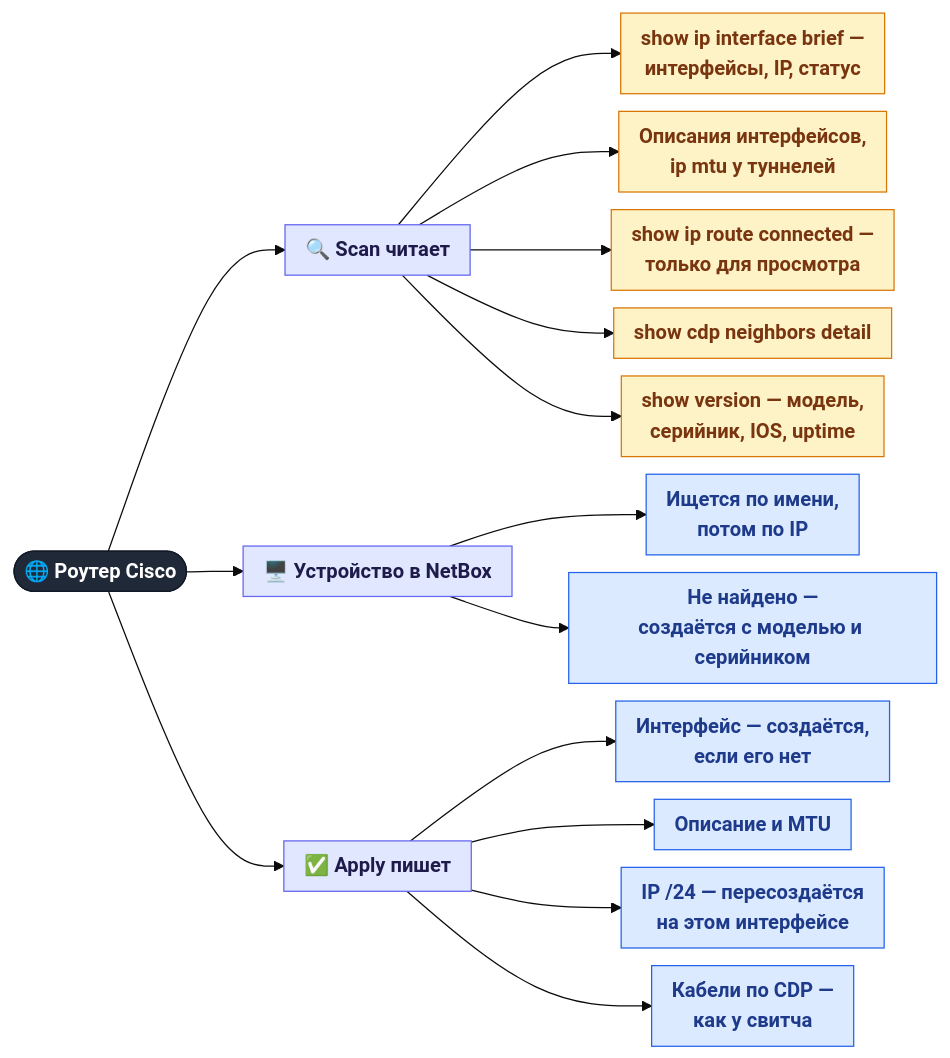
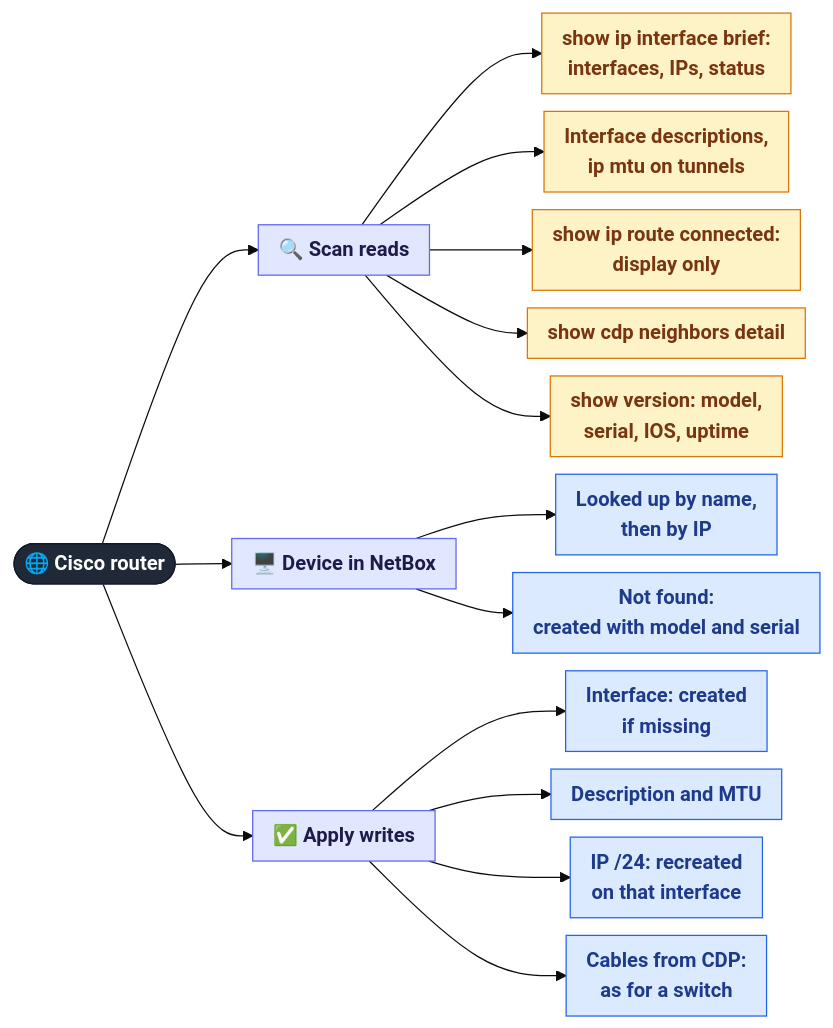
One commit to Madly222/MCPforMonitoring changed the fifth of 5 diagrams in docs/features/06b-netbox-cdp.md. Above: the diagram before and after it, drawn with Mermaid (base theme). The commit also changed other lines of this file and 37 other files, not shown here.

````diff
--- a/docs/features/06b-netbox-cdp.md
+++ b/docs/features/06b-netbox-cdp.md
@@ -111,27 +111,27 @@
 ```mermaid
 %%{init: {"flowchart": {"nodeSpacing": 14, "rankSpacing": 45, "curve": "basis", "padding": 8, "wrappingWidth": 260}}}%%
 flowchart LR
-    ROOT(["🌐 Роутер Cisco"]):::root
+    ROOT(["🌐 Cisco router"]):::root
 
-    ROOT --> SCAN["🔍 Scan читает"]:::group
-    SCAN --> R1["show ip interface brief —<br/>интерфейсы, IP, статус"]:::auto
-    SCAN --> R2["Описания интерфейсов,<br/>ip mtu у туннелей"]:::auto
-    SCAN --> R3["show ip route connected —<br/>только для просмотра"]:::auto
+    ROOT --> SCAN["🔍 Scan reads"]:::group
+    SCAN --> R1["show ip interface brief:<br/>interfaces, IPs, status"]:::auto
+    SCAN --> R2["Interface descriptions,<br/>ip mtu on tunnels"]:::auto
+    SCAN --> R3["show ip route connected:<br/>display only"]:::auto
     SCAN --> R4["show cdp neighbors detail"]:::auto
-    SCAN --> R5["show version — модель,<br/>серийник, IOS, uptime"]:::auto
+    SCAN --> R5["show version: model,<br/>serial, IOS, uptime"]:::auto
 
-    ROOT --> DEV["🖥️ Устройство в NetBox"]:::group
-    DEV --> D1["Ищется по имени,<br/>потом по IP"]:::admin
-    DEV --> D2["Не найдено —<br/>создаётся с моделью и серийником"]:::admin
+    ROOT --> DEV["🖥️ Device in NetBox"]:::group
+    DEV --> D1["Looked up by name,<br/>then by IP"]:::admin
+    DEV --> D2["Not found:<br/>created with model and serial"]:::admin
 
-    ROOT --> APPLY["✅ Apply пишет"]:::group
-    APPLY --> A1["Интерфейс — создаётся,<br/>если его нет"]:::admin
-    APPLY --> A2["Описание и MTU"]:::admin
-    APPLY --> A3["IP /24 — пересоздаётся<br/>на этом интерфейсе"]:::admin
-    APPLY --> A4["Кабели по CDP —<br/>как у свитча"]:::admin
+    ROOT --> APPLY["✅ Apply writes"]:::group
+    APPLY --> A1["Interface: created<br/>if missing"]:::admin
+    APPLY --> A2["Description and MTU"]:::admin
+    APPLY --> A3["IP /24: recreated<br/>on that interface"]:::admin
+    APPLY --> A4["Cables from CDP:<br/>as for a switch"]:::admin
 
     classDef root  fill:#1f2937,stroke:#111827,color:#ffffff,font-weight:bold
     classDef group fill:#e0e7ff,stroke:#6366f1,color:#1e1b4b,font-weight:bold
     classDef admin fill:#dbeafe,stroke:#2563eb,color:#1e3a8a
     classDef auto  fill:#fef3c7,stroke:#d97706,color:#78350f
 ```
````
